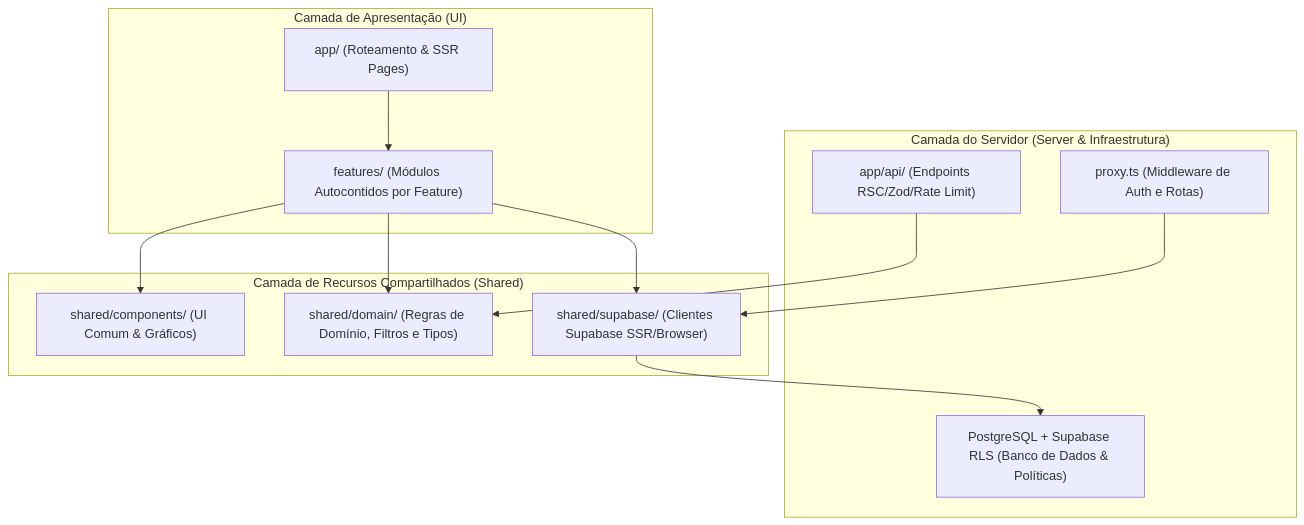
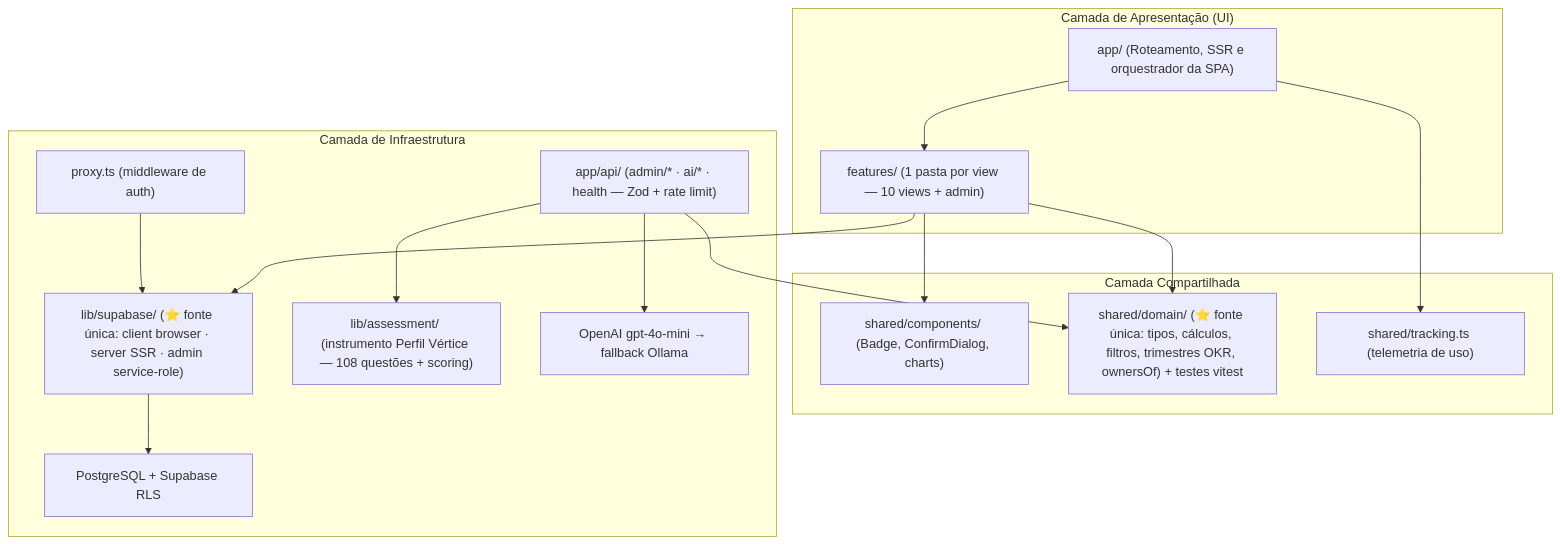
The first of 2 diagrams in docs/architecture.md (srssamuel/Report-Executivo-Qualidade), drawn with Mermaid before and after one commit. The commit also changed other lines of this file and 2 other files, not shown here.

First line of the commit message:
docs: api.md e architecture.md no estado real + registro da operação InstAI

````diff
--- a/docs/architecture.md
+++ b/docs/architecture.md
@@ -11,27 +11,33 @@
 ```mermaid
 graph TD
     subgraph Apresentacao ["Camada de Apresentação (UI)"]
-        app["app/ (Roteamento & SSR Pages)"]
-        features["features/ (Módulos Autocontidos por Feature)"]
+        app["app/ (Roteamento, SSR e orquestrador da SPA)"]
+        features["features/ (1 pasta por view — 10 views + admin)"]
     end
 
-    subgraph Compartilhado ["Camada de Recursos Compartilhados (Shared)"]
-        shared_ui["shared/components/ (UI Comum & Gráficos)"]
-        shared_domain["shared/domain/ (Regras de Domínio, Filtros e Tipos)"]
-        shared_supabase["shared/supabase/ (Clientes Supabase SSR/Browser)"]
+    subgraph Compartilhado ["Camada Compartilhada"]
+        shared_ui["shared/components/ (Badge, ConfirmDialog, charts)"]
+        shared_domain["shared/domain/ (⭐ fonte única: tipos, cálculos, filtros, trimestres OKR, ownersOf) + testes vitest"]
+        shared_tracking["shared/tracking.ts (telemetria de uso)"]
     end
 
-    subgraph Servidor ["Camada do Servidor (Server & Infraestrutura)"]
-        api["app/api/ (Endpoints RSC/Zod/Rate Limit)"]
-        proxy["proxy.ts (Middleware de Auth e Rotas)"]
-        db["PostgreSQL + Supabase RLS (Banco de Dados & Políticas)"]
+    subgraph Infra ["Camada de Infraestrutura"]
+        lib_supabase["lib/supabase/ (⭐ fonte única: client browser · server SSR · admin service-role)"]
+        lib_assessment["lib/assessment/ (instrumento Perfil Vértice — 108 questões + scoring)"]
+        api["app/api/ (admin/* · ai/* · health — Zod + rate limit)"]
+        proxy["proxy.ts (middleware de auth)"]
+        db["PostgreSQL + Supabase RLS"]
+        ia["OpenAI gpt-4o-mini → fallback Ollama"]
     end
 
     app --> features
     features --> shared_ui
     features --> shared_domain
-    features --> shared_supabase
+    app --> shared_tracking
+    features --> lib_supabase
     api --> shared_domain
-    proxy --> shared_supabase
-    shared_supabase --> db
+    api --> lib_assessment
+    api --> ia
+    proxy --> lib_supabase
+    lib_supabase --> db
 ```
````
